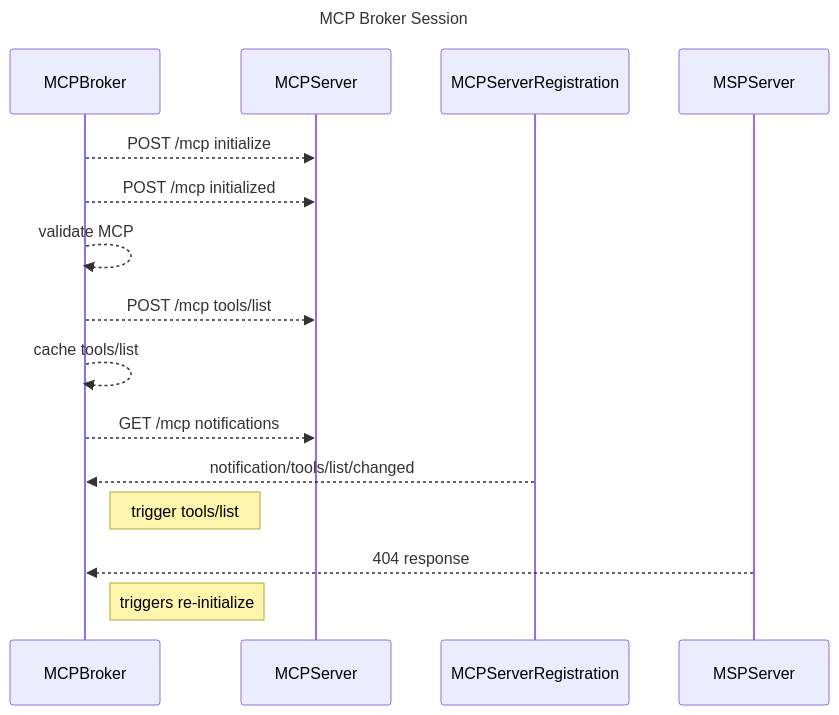
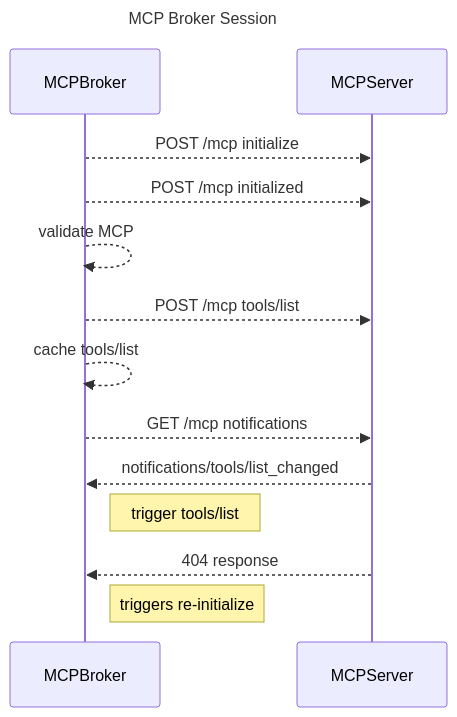
Before and after one commit to Kuadrant/mcp-gateway: the first of 3 diagrams in docs/design/session-mgmt.md, drawn with Mermaid. The commit also changed other lines of this file and 4 other files, not shown here.

````diff
--- a/docs/design/session-mgmt.md
+++ b/docs/design/session-mgmt.md
@@ -20,15 +20,15 @@
 ```mermaid
 sequenceDiagram
         title MCP Broker Session
         MCPBroker-->>MCPServer: POST /mcp initialize
         MCPBroker-->>MCPServer: POST /mcp initialized
         MCPBroker-->>MCPBroker: validate MCP
         MCPBroker-->>MCPServer: POST /mcp tools/list
         MCPBroker-->>MCPBroker: cache tools/list
         MCPBroker-->>MCPServer: GET /mcp notifications 
-        MCPServerRegistration-->>MCPBroker: notification/tools/list/changed
+        MCPServer-->>MCPBroker: notifications/tools/list_changed
         note right of MCPBroker: trigger tools/list 
-        MSPServer-->>MCPBroker: 404 response
+        MCPServer-->>MCPBroker: 404 response
         note right of MCPBroker: triggers re-initialize
         
 ```
````
